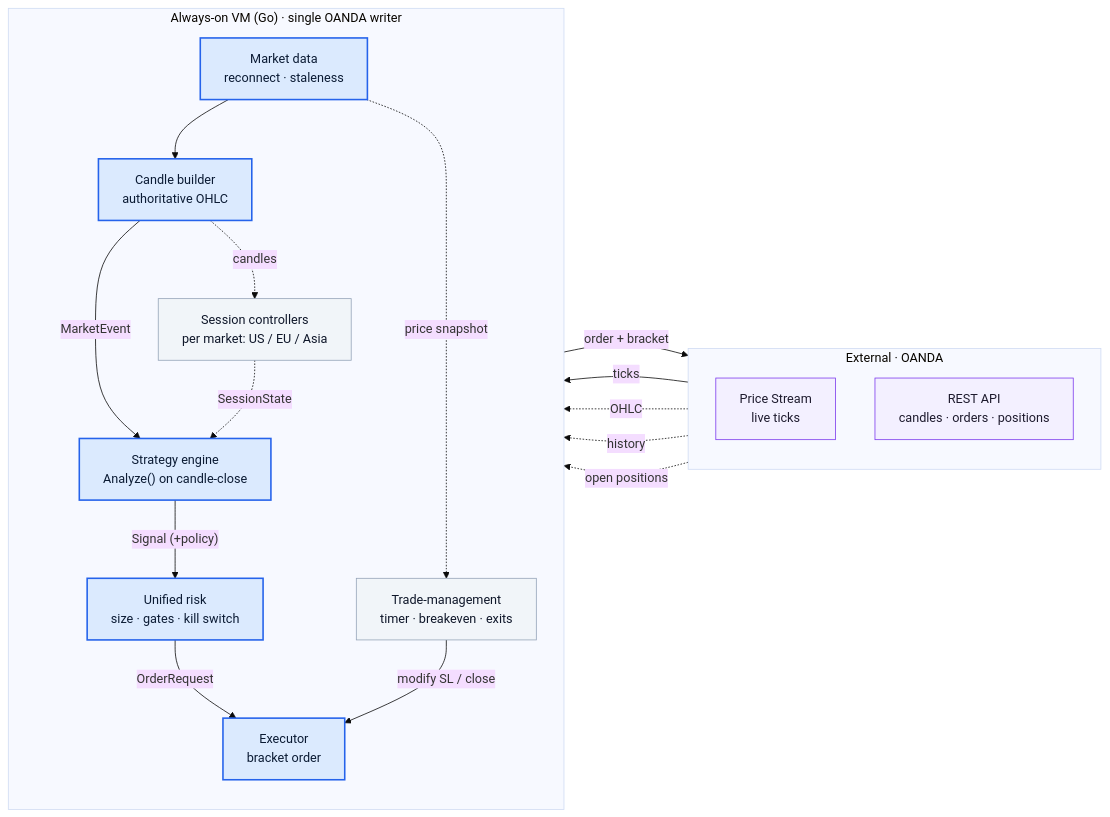
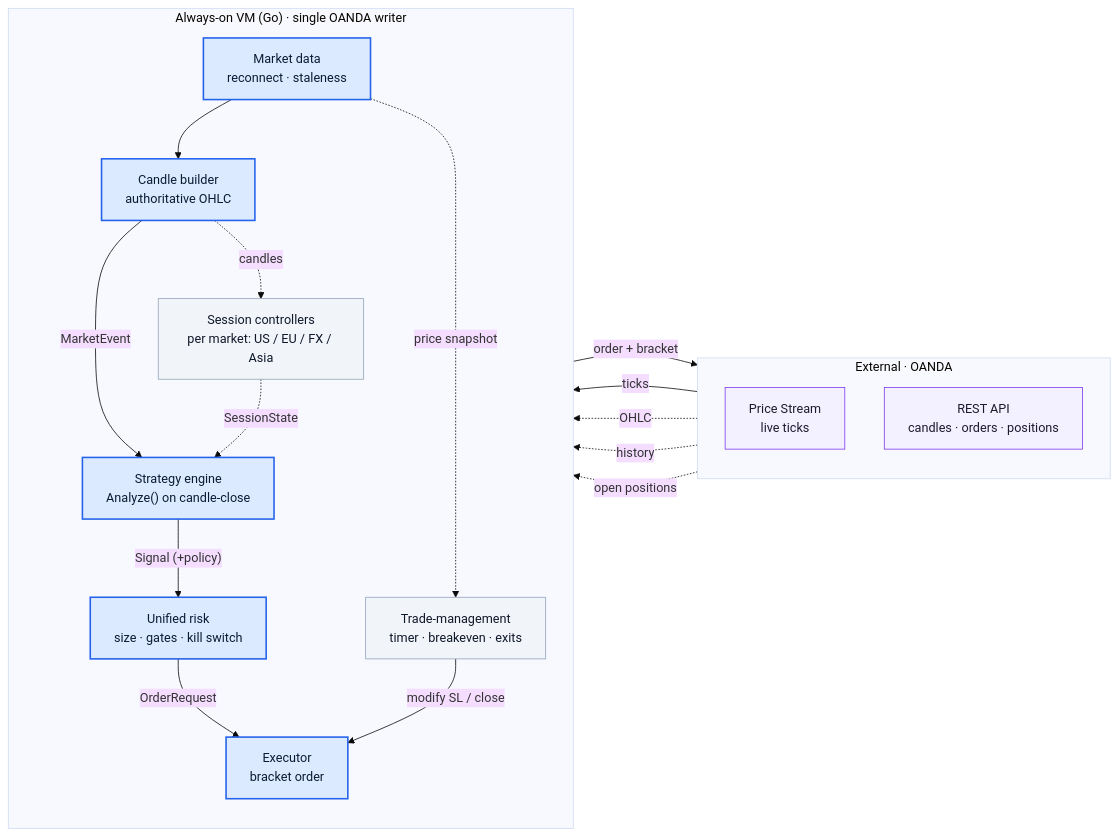
Before and after one commit to yogesh-insta/tradex: the first of 5 diagrams in docs/architecture.md, drawn with Mermaid (base theme). The commit also changed other lines of this file and 45 other files, not shown here.

````diff
--- a/docs/architecture.md
+++ b/docs/architecture.md
@@ -53,42 +63,42 @@
 ```mermaid
 flowchart LR
   subgraph EXT["External · OANDA"]
     direction TB
     WS["Price Stream<br/>live ticks"]
     REST["REST API<br/>candles · orders · positions"]
   end
 
   subgraph VM["Always-on VM (Go) · single OANDA writer"]
     direction TB
     MD["Market data<br/>reconnect · staleness"]
     CANDLES["Candle builder<br/>authoritative OHLC"]
-    SESS["Session controllers<br/>per market: US / EU / Asia"]
+    SESS["Session controllers<br/>per market: US / EU / FX / Asia"]
     ENGINE["Strategy engine<br/>Analyze() on candle-close"]
     RISK["Unified risk<br/>size · gates · kill switch"]
     EXEC["Executor<br/>bracket order"]
     MGMT["Trade-management<br/>timer · breakeven · exits"]
   end
 
   WS -- ticks --> MD
   MD --> CANDLES
   REST -. OHLC .-> CANDLES
   CANDLES -. candles .-> SESS
   REST -. history .-> SESS
   CANDLES -- MarketEvent --> ENGINE
   SESS -. SessionState .-> ENGINE
   ENGINE -- "Signal (+policy)" --> RISK
   RISK -- OrderRequest --> EXEC
   EXEC -- "order + bracket" --> REST
 
   MD -. "price snapshot" .-> MGMT
   REST -. "open positions" .-> MGMT
   MGMT -- "modify SL / close" --> EXEC
 
   classDef ext fill:#f3f0ff,stroke:#7c3aed,color:#1e1b2e;
   classDef hot fill:#dbeafe,stroke:#2563eb,stroke-width:2px,color:#0b1b34;
   classDef supp fill:#f1f5f9,stroke:#94a3b8,color:#0f172a;
 
   class WS,REST ext;
   class MD,CANDLES,ENGINE,RISK,EXEC hot;
   class SESS,MGMT supp;
 ```
````
